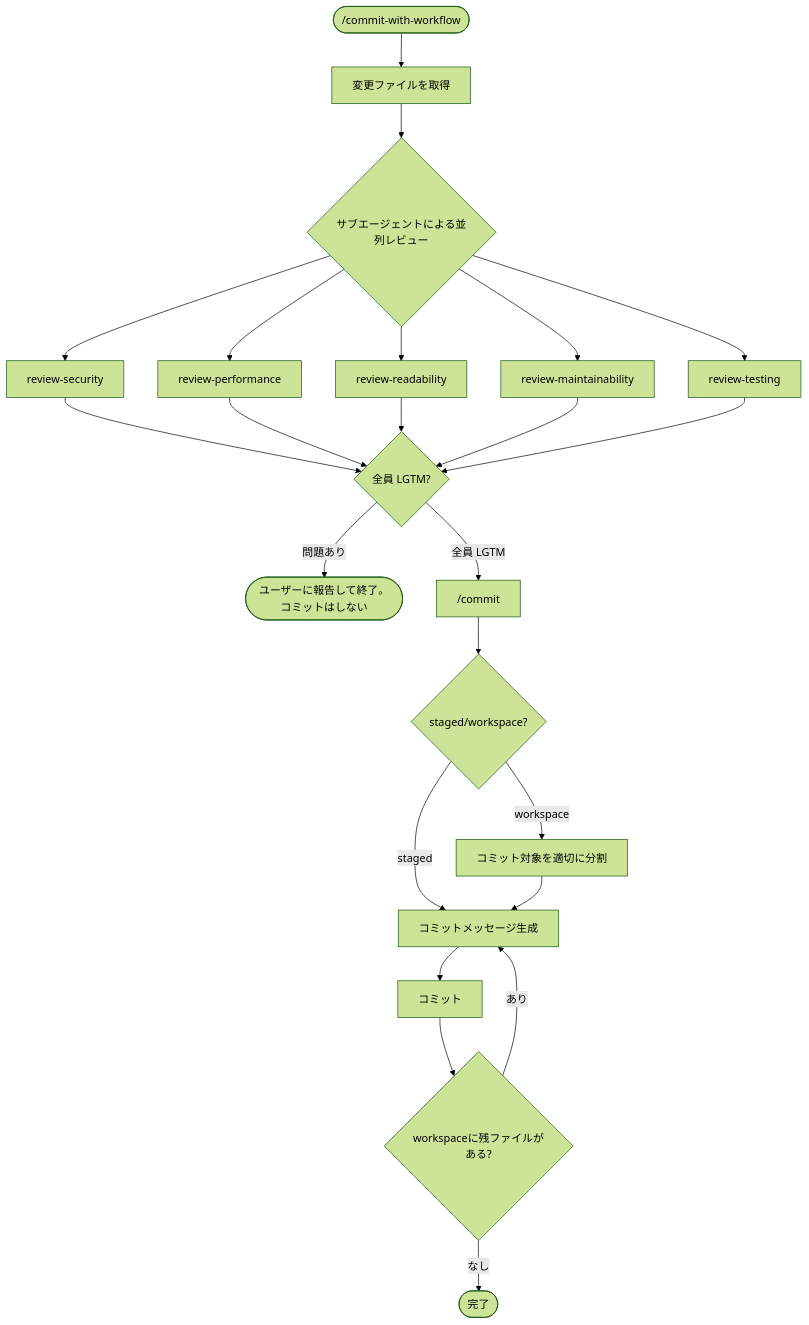
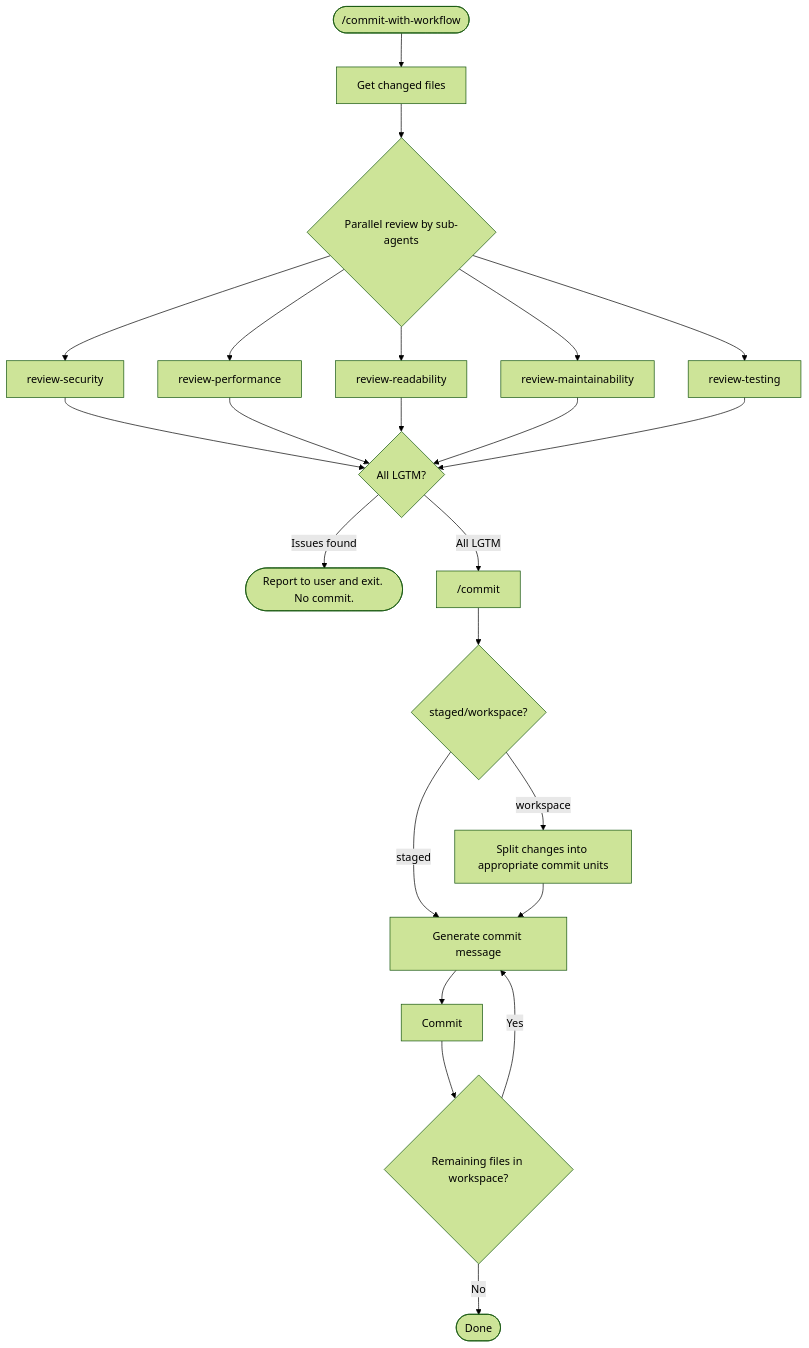
The diagram in README.md (Flupinochan/metalmental-claude), drawn with Mermaid (forest theme) before and after one commit. The commit also changed other lines of this file, not shown here.

````diff
--- a/README.md
+++ b/README.md
@@ -21,25 +21,25 @@
 ```mermaid
 flowchart TD
-    A(["/commit-with-workflow"]) --> B["変更ファイルを取得"]
-    B --> C{サブエージェントによる並列レビュー}
+    A(["/commit-with-workflow"]) --> B["Get changed files"]
+    B --> C{Parallel review by sub-agents}
 
     C --> R1["review-security"]
     C --> R2["review-performance"]
     C --> R3["review-readability"]
     C --> R4["review-maintainability"]
     C --> R5["review-testing"]
 
-    R1 & R2 & R3 & R4 & R5 --> D{全員 LGTM?}
+    R1 & R2 & R3 & R4 & R5 --> D{All LGTM?}
 
-    D -- "問題あり" --> E([ユーザーに報告して終了。コミットはしない])
-    D -- "全員 LGTM" --> F["/commit"]
+    D -- "Issues found" --> E([Report to user and exit. No commit.])
+    D -- "All LGTM" --> F["/commit"]
 
     F --> G{staged/workspace?}
     G -- staged --> J
-    G -- workspace --> H["コミット対象を適切に分割"]
-    H --> J["コミットメッセージ生成"]
-    J --> K["コミット"]
-    K --> L{workspaceに残ファイルがある?}
-    L -- あり --> J
-    L -- なし --> M([完了])
+    G -- workspace --> H["Split changes into appropriate commit units"]
+    H --> J["Generate commit message"]
+    J --> K["Commit"]
+    K --> L{Remaining files in workspace?}
+    L -- Yes --> J
+    L -- No --> M([Done])
 ```
````
